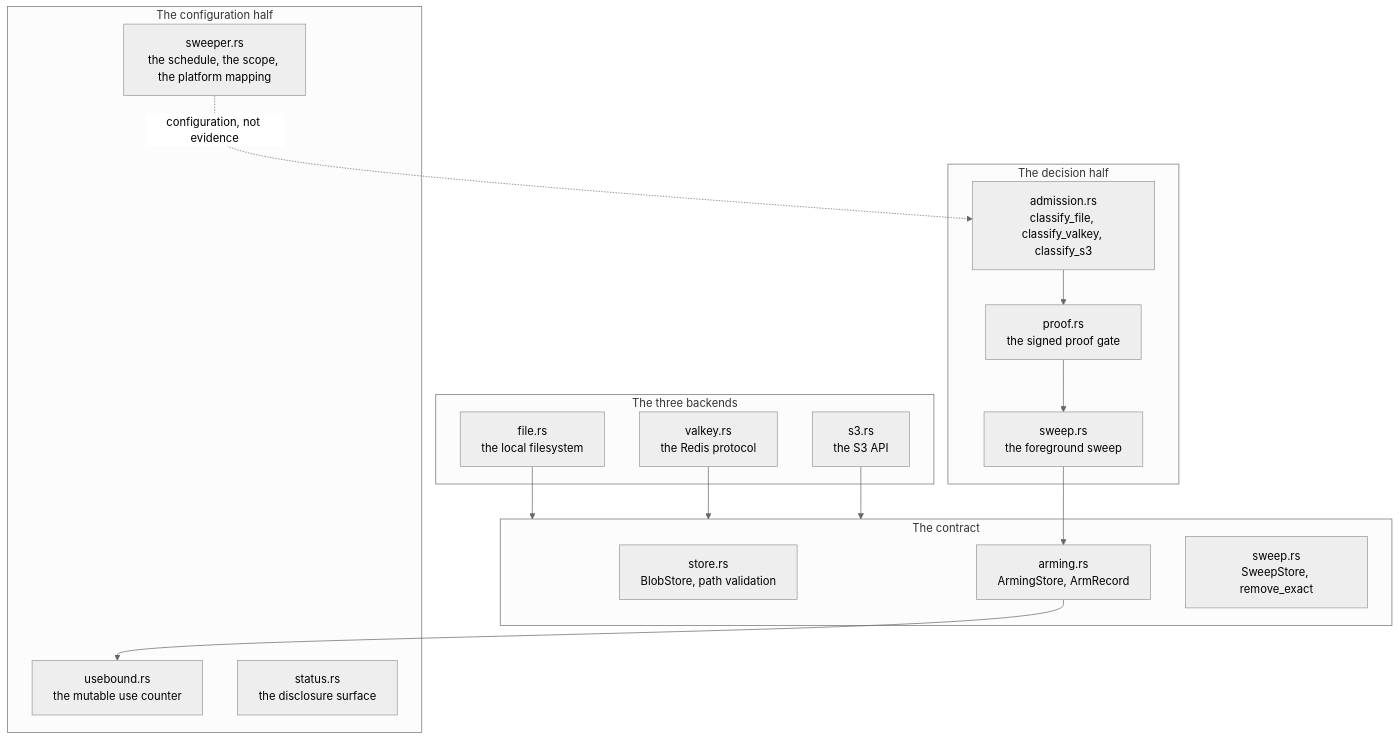
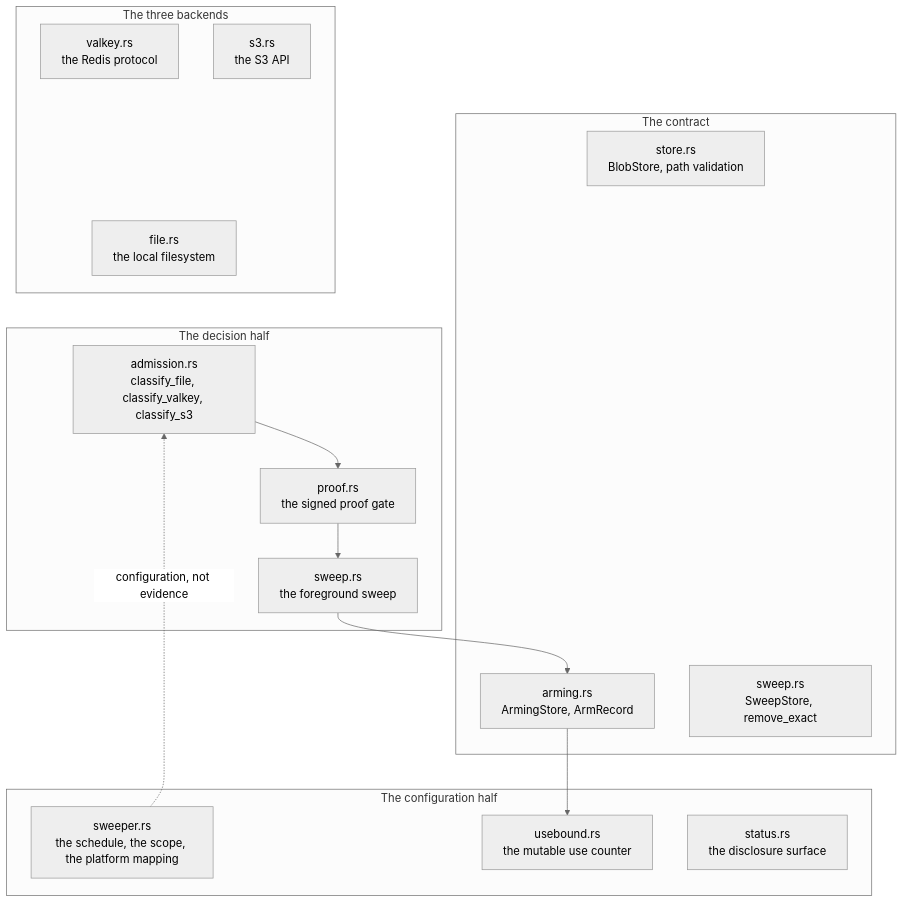
Before and after one commit to bruj0/keyspout: the first of 7 diagrams in site/docs/components/ksp-backend.md, drawn with Mermaid (neutral theme). The commit also changed other lines of this file and 22 other files, not shown here.

First line of the commit message:
feat(site): zoom every diagram, and make the wide ones vertical (#21)

````diff
--- a/site/docs/components/ksp-backend.md
+++ b/site/docs/components/ksp-backend.md
@@ -31,35 +31,38 @@
 ```mermaid
 graph TB
   subgraph Contract["The contract"]
     STORE["store.rs<br/>BlobStore, path validation"]
     ARMSTORE["arming.rs<br/>ArmingStore, ArmRecord"]
     SWSTORE["sweep.rs<br/>SweepStore, remove_exact"]
   end
 
   subgraph Backends["The three backends"]
     FILE["file.rs<br/>the local filesystem"]
     VALKEY["valkey.rs<br/>the Redis protocol"]
     S3["s3.rs<br/>the S3 API"]
   end
 
   subgraph Decision["The decision half"]
     ADMIT["admission.rs<br/>classify_file, classify_valkey, classify_s3"]
     PROOF["proof.rs<br/>the signed proof gate"]
     SWEEP["sweep.rs<br/>the foreground sweep"]
   end
 
   subgraph Configuration["The configuration half"]
     SWEEPER["sweeper.rs<br/>the schedule, the scope, the platform mapping"]
     USES["usebound.rs<br/>the mutable use counter"]
     STATUS["status.rs<br/>the disclosure surface"]
   end
 
-  FILE --> Contract
-  VALKEY --> Contract
-  S3 --> Contract
+  FILE ~~~ Contract
+  VALKEY ~~~ Contract
+  S3 ~~~ Contract
   ADMIT --> PROOF
   PROOF --> SWEEP
   SWEEP --> ARMSTORE
   ARMSTORE --> USES
   SWEEPER -.->|"configuration, not evidence"| ADMIT
+  Contract ~~~ Backends
+  Backends ~~~ Decision
+  Decision ~~~ Configuration
 ```
````
